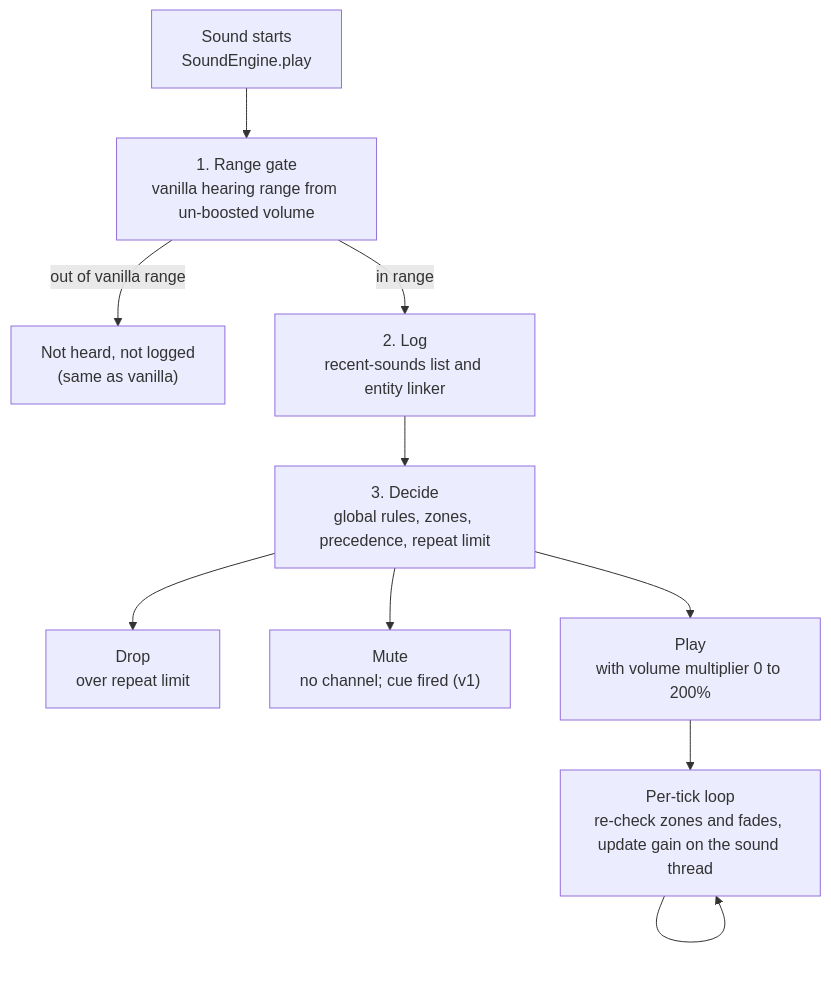
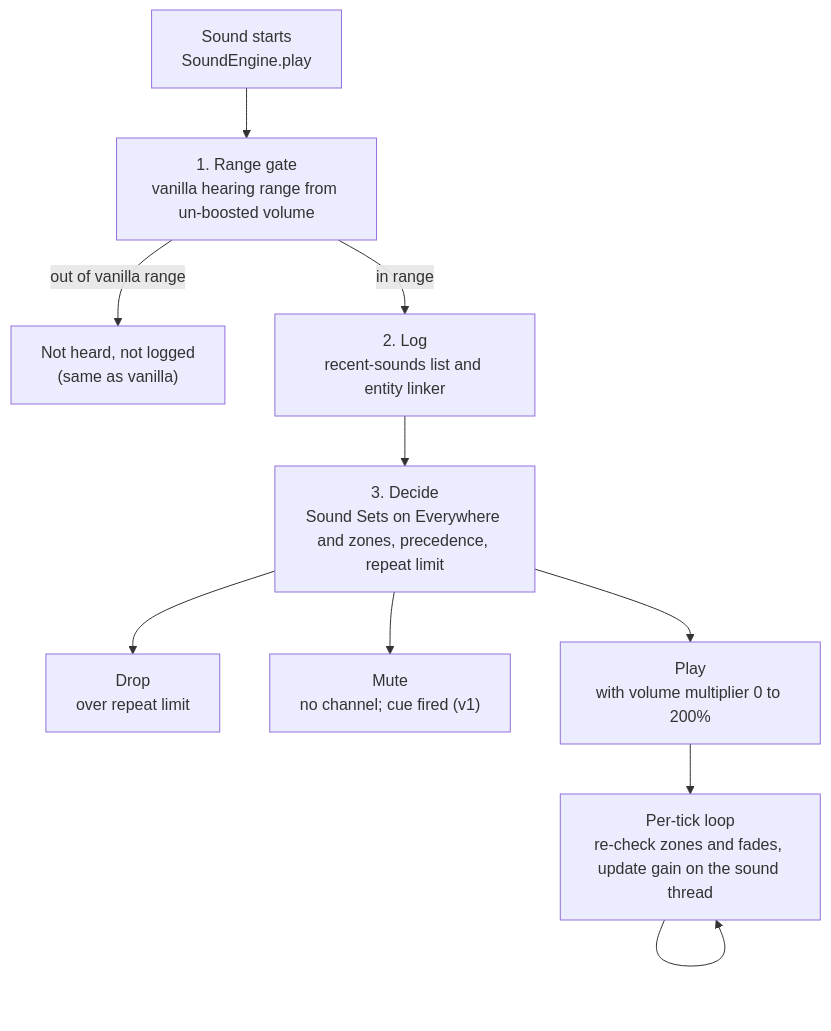
Before and after one commit to jekitchen/mc-audio-zone: the diagram in docs/PRD.md, drawn with Mermaid. The commit also changed other lines of this file, not shown here.

First line of the commit message:
PRD: Sound Sets replace rules; one Sounds browser; alpha held for both

````diff
--- a/docs/PRD.md
+++ b/docs/PRD.md
@@ -545,12 +588,12 @@
 ```mermaid
 flowchart TD
     A["Sound starts<br/>SoundEngine.play"] --> B["1. Range gate<br/>vanilla hearing range from un-boosted volume"]
     B -->|out of vanilla range| X["Not heard, not logged<br/>(same as vanilla)"]
     B -->|in range| C["2. Log<br/>recent-sounds list and entity linker"]
-    C --> D["3. Decide<br/>global rules, zones, precedence, repeat limit"]
+    C --> D["3. Decide<br/>Sound Sets on Everywhere and zones, precedence, repeat limit"]
     D --> O1["Drop<br/>over repeat limit"]
     D --> O2["Mute<br/>no channel; cue fired (v1)"]
     D --> O3["Play<br/>with volume multiplier 0 to 200%"]
     O3 --> T["Per-tick loop<br/>re-check zones and fades, update gain on the sound thread"]
     T --> T
 ```
````
